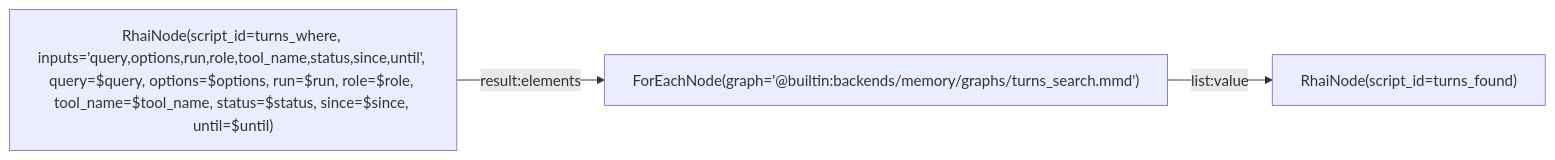
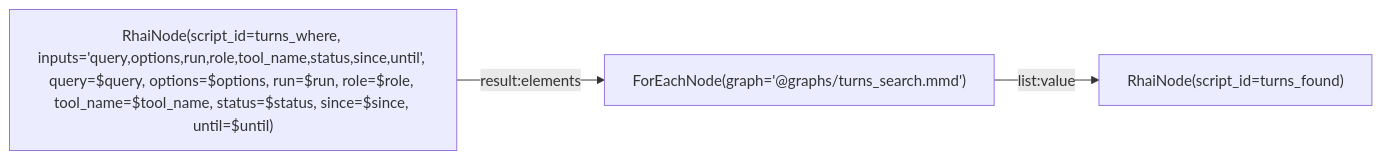
Before and after one commit to L-Defraiteur/rag3db: the diagram in extension/rag3weaver/templates/backends/memory/graphs/search_turns.mmd, drawn with Mermaid. The commit also changed 20 other files, not shown here.

Commit message:
feat(memoire): le gabarit memory cite ses graphes et ses Plans sur disque (@graphs/, @plans/), versés dans le gabarit : une copie éditée change ce que l'appel joue et la version du gabarit ; @builtin: ne reste que pour les outils génériques du moteur (select_structured, search_structured)

```diff
--- a/extension/rag3weaver/templates/backends/memory/graphs/search_turns.mmd
+++ b/extension/rag3weaver/templates/backends/memory/graphs/search_turns.mmd
@@ -1,18 +1,18 @@
 %% tool: search_turns
 %% description: Searches the words of the indexed turns of the runs (the messages, the tool calls with their params and results), with the same filters as list_turns. Only this tool looks in the turns: the other recalls (recall_fiches, recall_apports…) never return a turn. Returns {turns}, each row a message with its score. Listing by time without words: list_turns.
 %% param: query string! -- The words searched.
 %% param: run string = "" -- Only this run; empty: all.
 %% param: role string = "" -- Only this role (user, assistant, tool); empty: all.
 %% param: tool_name string = "" -- Only the calls of this tool; empty: all.
 %% param: status string = "" -- Only this status (ok, error, refused, interrupted); empty: all.
 %% param: since string = "" -- Only the messages said at or after this time, ISO 8601 (compared on `at`); empty: no bound.
 %% param: until string = "" -- Only the messages said at or before this time, ISO 8601; empty: no bound.
 %% param: options json = {"limit": 20} -- The options of the search (limit, consistency…); the filters above are added to it.
 %% result: found.result
 
 graph LR
     where["RhaiNode(script_id=turns_where, inputs='query,options,run,role,tool_name,status,since,until', query=$query, options=$options, run=$run, role=$role, tool_name=$tool_name, status=$status, since=$since, until=$until)"]
-    search["ForEachNode(graph='@builtin:backends/memory/graphs/turns_search.mmd')"]
+    search["ForEachNode(graph='@graphs/turns_search.mmd')"]
     found["RhaiNode(script_id=turns_found)"]
     where -->|result:elements| search
     search -->|list:value| found
```
